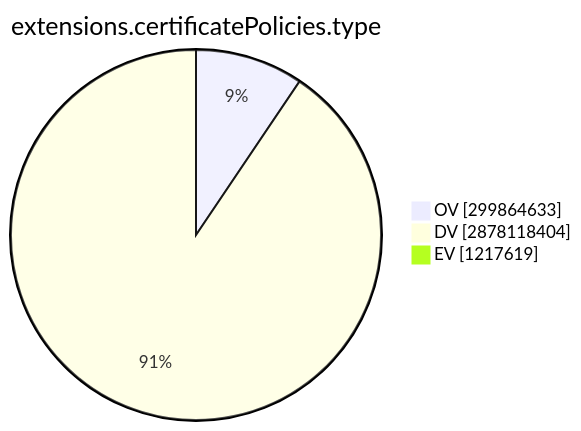
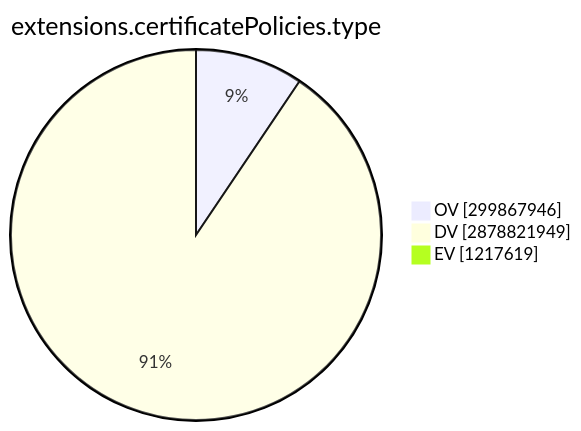
Before and after one commit to christiankrug/ctmonitor_visualization: the ninth of 15 diagrams in TOTAL/README.md, drawn with Mermaid. The commit also changed other lines of this file, not shown here.

````diff
--- a/TOTAL/README.md
+++ b/TOTAL/README.md
@@ -3101,7 +3101,7 @@
 ```mermaid
 pie showData
 title extensions.certificatePolicies.type
-"OV" :299864633
-"DV" :2878118404
+"OV" :299867946
+"DV" :2878821949
 "EV" :1217619
 ```
````
